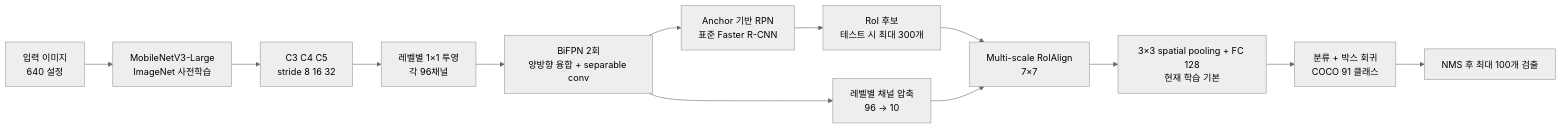
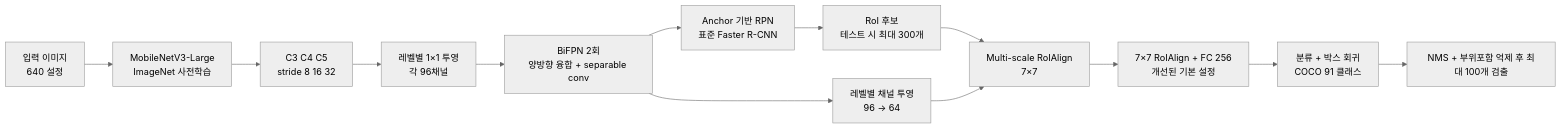
Before and after one commit to AI-Engineering-Teamproject/Lite-R-CNN: the diagram in README.md, drawn with Mermaid (neutral theme). The commit also changed other lines of this file and 8 other files, not shown here.

````diff
--- a/README.md
+++ b/README.md
@@ -11,15 +11,15 @@
 ```mermaid
 flowchart LR
     A[입력 이미지<br/>640 설정] --> B[MobileNetV3-Large<br/>ImageNet 사전학습]
     B --> C[C3 C4 C5<br/>stride 8 16 32]
     C --> D[레벨별 1×1 투영<br/>각 96채널]
     D --> E[BiFPN 2회<br/>양방향 융합 + separable conv]
     E --> F[Anchor 기반 RPN<br/>표준 Faster R-CNN]
     F --> G[RoI 후보<br/>테스트 시 최대 300개]
-    E --> H[레벨별 채널 압축<br/>96 → 10]
+    E --> H[레벨별 채널 투영<br/>96 → 64]
     G --> I[Multi-scale RoIAlign<br/>7×7]
     H --> I
-    I --> J[3×3 spatial pooling + FC 128<br/>현재 학습 기본]
+    I --> J[7×7 RoIAlign + FC 256<br/>개선된 기본 설정]
     J --> K[분류 + 박스 회귀<br/>COCO 91 클래스]
-    K --> L[NMS 후 최대 100개 검출]
+    K --> L[NMS + 부위포함 억제 후 최대 100개 검출]
 ```
````
